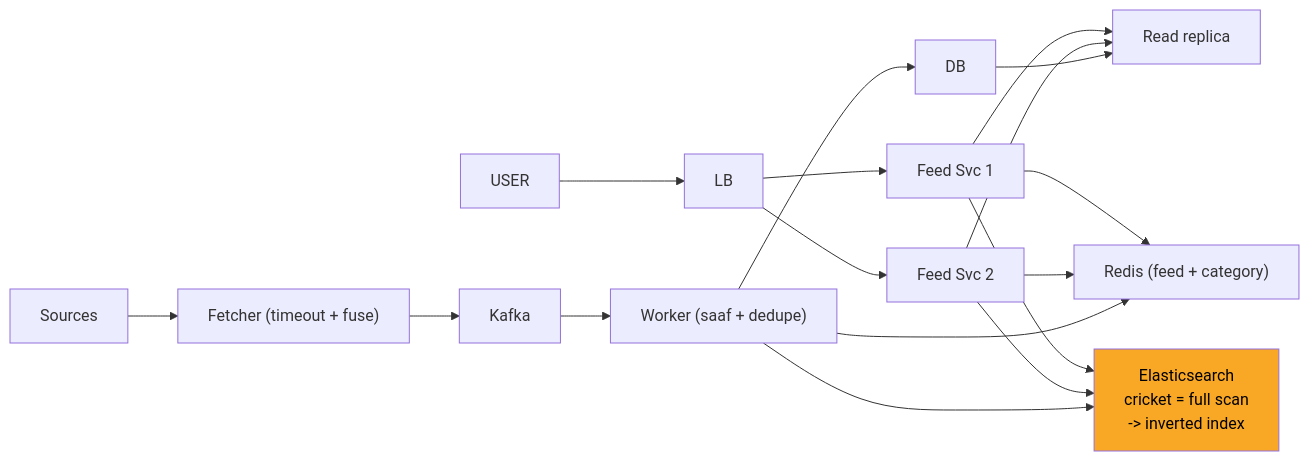
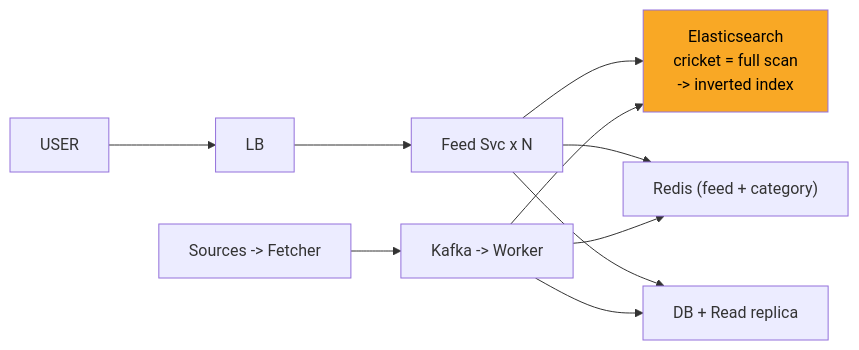
The eighth of 11 diagrams in 04_HLD/SYSTEM_DESIGNS/08_news_aggregator/08_news_aggregator_INTERVIEW.md (ArpanMaheshwari144/Prep), drawn with Mermaid before and after one commit. The commit also changed other lines of this file and 11 other files, not shown here.

Commit message:
hld: card diagrams max 8 boxes (App x N, merged stores/chains; full diagram only in AAKHRI DABBA)

````diff
--- a/04_HLD/SYSTEM_DESIGNS/08_news_aggregator/08_news_aggregator_INTERVIEW.md
+++ b/04_HLD/SYSTEM_DESIGNS/08_news_aggregator/08_news_aggregator_INTERVIEW.md
@@ -317,32 +285,21 @@
 ```mermaid
 flowchart LR
     n_USER["USER"]
     n_LB["LB"]
-    n_Feed_Svc_x_N_1["Feed Svc 1"]
-    n_Feed_Svc_x_N_2["Feed Svc 2"]
+    n_Feed_Svc_xN["Feed Svc x N"]
     n_Elasticsearch["Elasticsearch<br/>cricket = full scan<br/>-> inverted index"]
     n_Redis["Redis (feed + category)"]
-    n_Read_replica["Read replica"]
-    n_DB["DB"]
-    n_Worker["Worker (saaf + dedupe)"]
-    n_Kafka["Kafka"]
-    n_Fetcher["Fetcher (timeout + fuse)"]
-    n_Sources["Sources"]
+    n_DBR["DB + Read replica"]
+    n_KW["Kafka -> Worker"]
+    n_SF["Sources -> Fetcher"]
     n_USER --> n_LB
-    n_LB --> n_Feed_Svc_x_N_1
-    n_LB --> n_Feed_Svc_x_N_2
-    n_Feed_Svc_x_N_1 --> n_Elasticsearch
-    n_Feed_Svc_x_N_2 --> n_Elasticsearch
-    n_Feed_Svc_x_N_1 --> n_Redis
-    n_Feed_Svc_x_N_2 --> n_Redis
-    n_Feed_Svc_x_N_1 --> n_Read_replica
-    n_Feed_Svc_x_N_2 --> n_Read_replica
-    n_DB --> n_Read_replica
-    n_Worker --> n_DB
-    n_Worker --> n_Redis
-    n_Worker --> n_Elasticsearch
-    n_Kafka --> n_Worker
-    n_Fetcher --> n_Kafka
-    n_Sources --> n_Fetcher
+    n_LB --> n_Feed_Svc_xN
+    n_Feed_Svc_xN --> n_Elasticsearch
+    n_Feed_Svc_xN --> n_Redis
+    n_Feed_Svc_xN --> n_DBR
+    n_KW --> n_DBR
+    n_KW --> n_Redis
+    n_KW --> n_Elasticsearch
+    n_SF --> n_KW
     style n_Elasticsearch fill:#f9a825,color:#000
 ```
````
